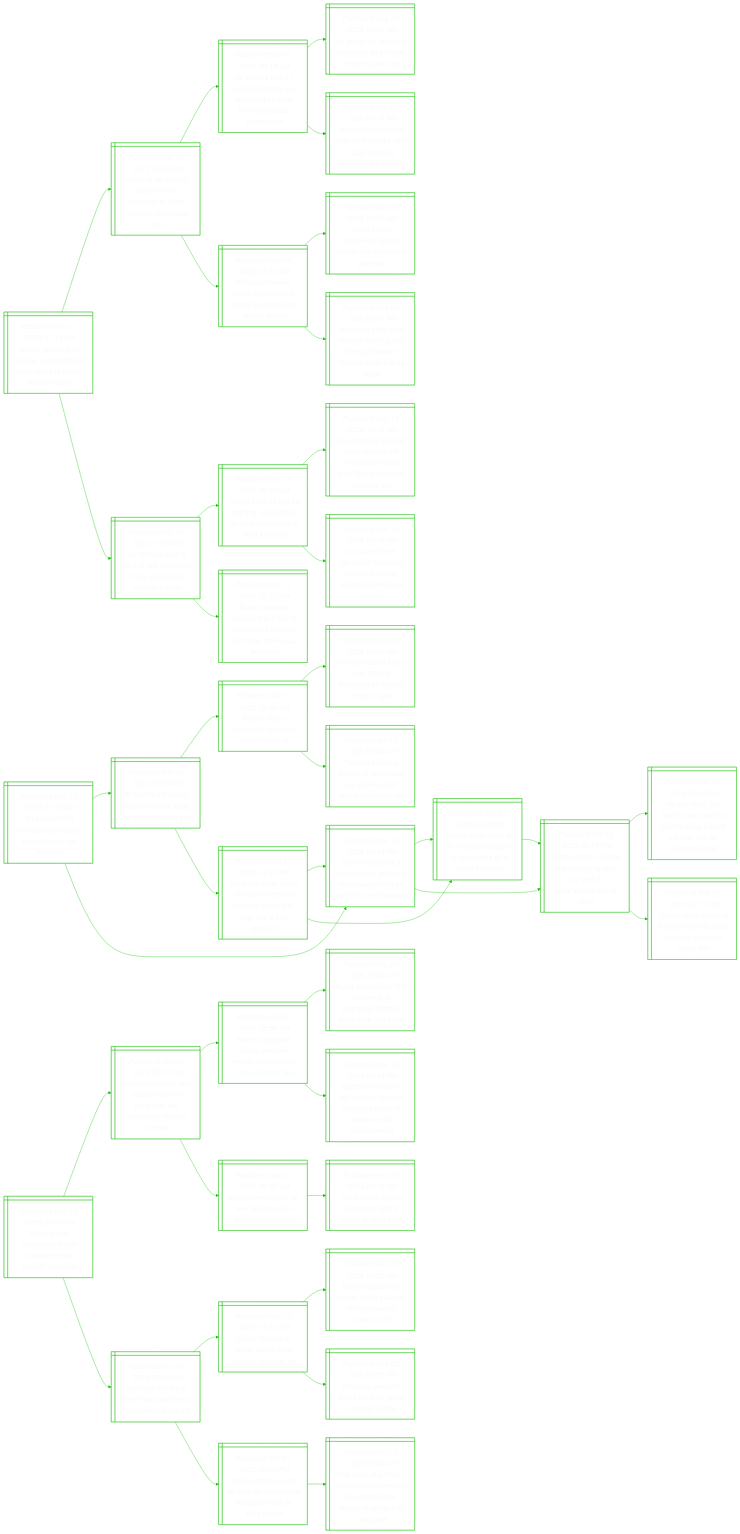
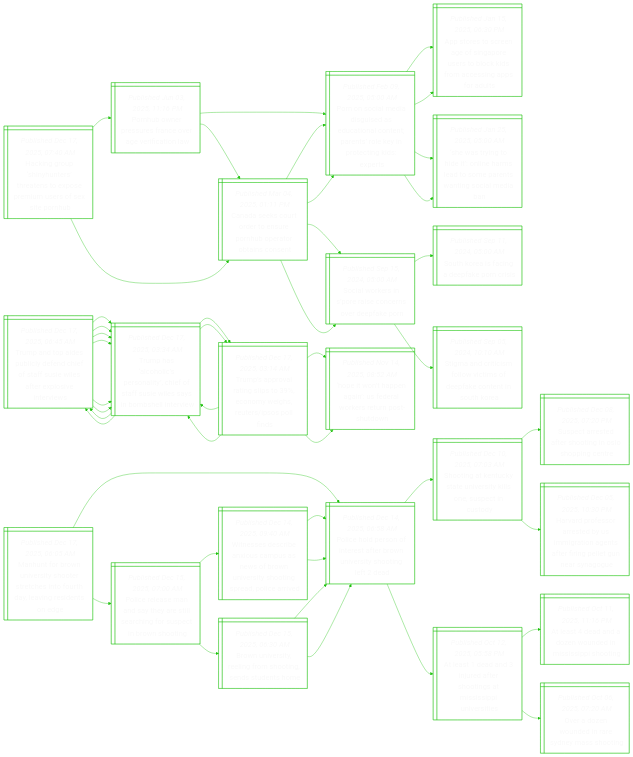
The diagram in README.md (notJmes/notJmes), drawn with Mermaid before and after one commit. The commit also changed other lines of this file, not shown here.

````diff
--- a/README.md
+++ b/README.md
@@ -16,127 +16,142 @@
 flowchart LR
 classDef txtsize font-size:20px;
 
-Eeboinors@{ shape: win-pane, label: "_Published Dec 17, 2025, 01:29 AM_
-Eu eases 2035 combustion-engine ban to boost car industry" }
-Binulpgeio@{ shape: win-pane, label: "_Published Nov 23, 2025, 10:35 AM_
-Britain to introduce $2.5 billion package to help switch to evs" }
-BiestVoe@{ shape: win-pane, label: "_Published Jul 15, 2025, 09:05 AM_
-Britain offers discounts on evs to boost demand" }
-EotaediayeO@{ shape: win-pane, label: "_Published Jun 26, 2025, 03:20 PM_
-Environmental fears over $7.64b indonesia ev battery project: ngos" }
-Ttaaoollcose@{ shape: win-pane, label: "_Published Apr 19, 2025, 09:00 AM_
-Tesla to delay us launch of affordable ev, a lower-cost model y, sources say" }
-Aehperhsdoagace@{ shape: win-pane, label: "_Published Nov 21, 2025, 02:45 PM_
-Are there other types of electric vehicles besides those that plug into a wall charger?" }
-Hcrmighpwntalt@{ shape: win-pane, label: "_Published Nov 14, 2025, 02:15 PM_
-How to compare a combustion engine’s horsepower with an electric car’s kilowatts" }
-TeWoyehhdani@{ shape: win-pane, label: "_Published Nov 07, 2025, 02:45 PM_
-Torque shop: what to do if you are caught in the middle of a chain collision" }
-Hcrmighpwntalt@{ shape: win-pane, label: "_Published Nov 14, 2025, 02:15 PM_
-How to compare a combustion engine’s horsepower with an electric car’s kilowatts" }
-TeWoyehhdani@{ shape: win-pane, label: "_Published Nov 07, 2025, 02:45 PM_
-Torque shop: what to do if you are caught in the middle of a chain collision" }
-TeLnukorates@{ shape: win-pane, label: "_Published Oct 24, 2025, 03:15 PM_
-Torque shop: locking and unlocking your car with a smartphone app is safe" }
-TeLnukorates@{ shape: win-pane, label: "_Published Oct 24, 2025, 03:15 PM_
-Torque shop: locking and unlocking your car with a smartphone app is safe" }
-TeRaluwuacaairr@{ shape: win-pane, label: "_Published Oct 17, 2025, 02:45 PM_
-Torque shop: red flags to look out for when buying a used car that had an accident repair" }
-TeWssvsorcrr@{ shape: win-pane, label: "_Published Sep 26, 2025, 03:15 PM_
-Torque shop: when is it best to avoid using your tyre puncture repair kit?" }
+Hnuntheeeiestn@{ shape: win-pane, label: "_Published Dec 17, 2025, 07:40 AM_
+Hacking group ‘shinyhunters’ threatens to expose premium users of sex site pornhub" }
+Puesscrecn@{ shape: win-pane, label: "_Published Jun 03, 2025, 11:16 PM_
+Pornhub owner pressures france over age verification law" }
+Pnaigduootnlitnsr@{ shape: win-pane, label: "_Published Feb 09, 2025, 05:00 AM_
+Porn on social media disguised as educational content; parents’ role key in protecting kids: experts" }
+Aooeogesodmsaol@{ shape: win-pane, label: "_Published Jan 15, 2025, 06:30 PM_
+App stores to screen age of singapore users to block kids from accessing apps for adults" }
+SsniOestennsla@{ shape: win-pane, label: "_Published Jan 25, 2025, 05:00 AM_
+‘she was trying to hide it’: online harms lead to some parents wanting social media ban" }
+Castrsobabse@{ shape: win-pane, label: "_Published Mar 04, 2025, 01:11 PM_
+Canada seeks court order to ensure pornhub operator obtains consent" }
+SleSrcrepp@{ shape: win-pane, label: "_Published Sep 15, 2024, 05:00 AM_
+Social workers in s’pore raise concerns over deepfake porn" }
+Pnaigduootnlitnsr@{ shape: win-pane, label: "_Published Feb 09, 2025, 05:00 AM_
+Porn on social media disguised as educational content; parents’ role key in protecting kids: experts" }
+Castrsobabse@{ shape: win-pane, label: "_Published Mar 04, 2025, 01:11 PM_
+Canada seeks court order to ensure pornhub operator obtains consent" }
+SleSrcrepp@{ shape: win-pane, label: "_Published Sep 15, 2024, 05:00 AM_
+Social workers in s’pore raise concerns over deepfake porn" }
+SKiiekni@{ shape: win-pane, label: "_Published Sep 11, 2024, 05:00 AM_
+South korea is facing a deepfake porn crisis" }
+SariliseeeSK@{ shape: win-pane, label: "_Published Sep 05, 2024, 10:10 AM_
+Stigma and criticism follow victims of deepfake content in south korea" }
+Pnaigduootnlitnsr@{ shape: win-pane, label: "_Published Feb 09, 2025, 05:00 AM_
+Porn on social media disguised as educational content; parents’ role key in protecting kids: experts" }
+Aooeogesodmsaol@{ shape: win-pane, label: "_Published Jan 15, 2025, 06:30 PM_
+App stores to screen age of singapore users to block kids from accessing apps for adults" }
+SsniOestennsla@{ shape: win-pane, label: "_Published Jan 25, 2025, 05:00 AM_
+‘she was trying to hide it’: online harms lead to some parents wanting social media ban" }
 
-Eeboinors:::txtsize --> Binulpgeio:::txtsize
-Binulpgeio:::txtsize --> BiestVoe:::txtsize
-BiestVoe:::txtsize --> EotaediayeO:::txtsize
-BiestVoe:::txtsize --> Ttaaoollcose:::txtsize
-Binulpgeio:::txtsize --> Aehperhsdoagace:::txtsize
-Aehperhsdoagace:::txtsize --> Hcrmighpwntalt:::txtsize
-Aehperhsdoagace:::txtsize --> TeWoyehhdani:::txtsize
-Eeboinors:::txtsize --> Hcrmighpwntalt:::txtsize
-Hcrmighpwntalt:::txtsize --> TeWoyehhdani:::txtsize
-TeWoyehhdani:::txtsize --> TeLnukorates:::txtsize
-Hcrmighpwntalt:::txtsize --> TeLnukorates:::txtsize
-TeLnukorates:::txtsize --> TeRaluwuacaairr:::txtsize
-TeLnukorates:::txtsize --> TeWssvsorcrr:::txtsize
+Hnuntheeeiestn:::txtsize --> Puesscrecn:::txtsize
+Puesscrecn:::txtsize --> Pnaigduootnlitnsr:::txtsize
+Pnaigduootnlitnsr:::txtsize --> Aooeogesodmsaol:::txtsize
+Pnaigduootnlitnsr:::txtsize --> SsniOestennsla:::txtsize
+Puesscrecn:::txtsize --> Castrsobabse:::txtsize
+Castrsobabse:::txtsize --> SleSrcrepp:::txtsize
+Castrsobabse:::txtsize --> Pnaigduootnlitnsr:::txtsize
+Hnuntheeeiestn:::txtsize --> Castrsobabse:::txtsize
+Castrsobabse:::txtsize --> SleSrcrepp:::txtsize
+SleSrcrepp:::txtsize --> SKiiekni:::txtsize
+SleSrcrepp:::txtsize --> SariliseeeSK:::txtsize
+Castrsobabse:::txtsize --> Pnaigduootnlitnsr:::txtsize
+Pnaigduootnlitnsr:::txtsize --> Aooeogesodmsaol:::txtsize
+Pnaigduootnlitnsr:::txtsize --> SsniOestennsla:::txtsize
 
-Upirsdbtvtlgs@{ shape: win-pane, label: "_Published Dec 17, 2025, 01:14 AM_
-Us not planning to release unedited boat strike video to public, hegseth says" }
-Voiriorrlisms@{ shape: win-pane, label: "_Published Dec 05, 2025, 01:36 AM_
-Video of us military strike shows survivors in ‘clear distress’, lawmaker says" }
-UikperngutVura@{ shape: win-pane, label: "_Published Sep 03, 2025, 04:19 AM_
-Us military kills 11 people in strike on alleged drug boat from venezuela, trump says" }
-Ulfsrafapay@{ shape: win-pane, label: "_Published Aug 30, 2025, 03:43 AM_
-Us builds up forces in caribbean as officials, experts, ask why" }
-VuMoUswieggoy@{ shape: win-pane, label: "_Published Sep 02, 2025, 01:19 AM_
-Venezuela’s maduro says us warships with 1,200 missiles targeting his country" }
-PgvaHtrasoei@{ shape: win-pane, label: "_Published Dec 04, 2025, 05:30 AM_
-Pentagon review faults hegseth over signal messages on yemen strikes" }
-WHmkssnliui@{ shape: win-pane, label: "_Published Mar 25, 2025, 04:50 AM_
-White house mistakenly shares yemen war plans with journalist" }
-Pgitsahltnkldb@{ shape: win-pane, label: "_Published Dec 03, 2025, 03:21 AM_
-Pentagon chief pete hegseth says us has ‘only just begun’ striking alleged drug boats" }
-Uistitktvlanf@{ shape: win-pane, label: "_Published Dec 16, 2025, 11:09 AM_
-Us military says it carried out strikes on three vessels in eastern pacific" }
-TsSbrltsurnama@{ shape: win-pane, label: "_Published Dec 13, 2025, 07:41 AM_
-Trump says us will be ‘starting’ land strikes on drug operations in latin america" }
-Upgirkfeasespncy@{ shape: win-pane, label: "_Published Dec 12, 2025, 10:13 AM_
-Us preparing to seize more tankers off venezuela’s coast after first ship taken, sources say" }
-Uuennggrmeenik@{ shape: win-pane, label: "_Published Dec 12, 2025, 04:18 AM_
-Us issues fresh sanctions targeting maduro’s family, venezuela-linked oil tankers" }
-RararoVuMouaps@{ shape: win-pane, label: "_Published Dec 12, 2025, 01:23 AM_
-Russia, belarus leaders reach out to venezuela’s maduro, as trump cranks up pressure" }
+Tapsiecofieelers@{ shape: win-pane, label: "_Published Dec 17, 2025, 06:45 AM_
+Trump and top aides publicly defend chief of staff susie wiles after explosive interviews" }
+Thcirlhffesiblr@{ shape: win-pane, label: "_Published Dec 17, 2025, 03:34 AM_
+Trump has ‘alcoholic’s personality’, chief of staff susie wiles says in bombshell interview" }
+Tapsiecofieelers@{ shape: win-pane, label: "_Published Dec 17, 2025, 06:45 AM_
+Trump and top aides publicly defend chief of staff susie wiles after explosive interviews" }
+Thcirlhffesiblr@{ shape: win-pane, label: "_Published Dec 17, 2025, 03:34 AM_
+Trump has ‘alcoholic’s personality’, chief of staff susie wiles says in bombshell interview" }
+Thcirlhffesiblr@{ shape: win-pane, label: "_Published Dec 17, 2025, 03:34 AM_
+Trump has ‘alcoholic’s personality’, chief of staff susie wiles says in bombshell interview" }
+TsoastneRrols@{ shape: win-pane, label: "_Published Dec 17, 2025, 03:14 AM_
+Trump’s approval rating slips to 39%, economy weighs, reuters/ipsos poll finds" }
+Hthnndwrust@{ shape: win-pane, label: "_Published Nov 14, 2025, 08:52 AM_
+‘hope it won’t happen again’: us federal workers return post-shutdown" }
+Thcirlhffesiblr@{ shape: win-pane, label: "_Published Dec 17, 2025, 03:34 AM_
+Trump has ‘alcoholic’s personality’, chief of staff susie wiles says in bombshell interview" }
+Thcirlhffesiblr@{ shape: win-pane, label: "_Published Dec 17, 2025, 03:34 AM_
+Trump has ‘alcoholic’s personality’, chief of staff susie wiles says in bombshell interview" }
+Tapsiecofieelers@{ shape: win-pane, label: "_Published Dec 17, 2025, 06:45 AM_
+Trump and top aides publicly defend chief of staff susie wiles after explosive interviews" }
+Thcirlhffesiblr@{ shape: win-pane, label: "_Published Dec 17, 2025, 03:34 AM_
+Trump has ‘alcoholic’s personality’, chief of staff susie wiles says in bombshell interview" }
+Thcirlhffesiblr@{ shape: win-pane, label: "_Published Dec 17, 2025, 03:34 AM_
+Trump has ‘alcoholic’s personality’, chief of staff susie wiles says in bombshell interview" }
+TsoastneRrols@{ shape: win-pane, label: "_Published Dec 17, 2025, 03:14 AM_
+Trump’s approval rating slips to 39%, economy weighs, reuters/ipsos poll finds" }
+Hthnndwrust@{ shape: win-pane, label: "_Published Nov 14, 2025, 08:52 AM_
+‘hope it won’t happen again’: us federal workers return post-shutdown" }
+Thcirlhffesiblr@{ shape: win-pane, label: "_Published Dec 17, 2025, 03:34 AM_
+Trump has ‘alcoholic’s personality’, chief of staff susie wiles says in bombshell interview" }
 
-Upirsdbtvtlgs:::txtsize --> Voiriorrlisms:::txtsize
-Voiriorrlisms:::txtsize --> UikperngutVura:::txtsize
-UikperngutVura:::txtsize --> Ulfsrafapay:::txtsize
-UikperngutVura:::txtsize --> VuMoUswieggoy:::txtsize
-Voiriorrlisms:::txtsize --> PgvaHtrasoei:::txtsize
-PgvaHtrasoei:::txtsize --> WHmkssnliui:::txtsize
-PgvaHtrasoei:::txtsize --> Pgitsahltnkldb:::txtsize
-Upirsdbtvtlgs:::txtsize --> Uistitktvlanf:::txtsize
-Uistitktvlanf:::txtsize --> TsSbrltsurnama:::txtsize
-TsSbrltsurnama:::txtsize --> Upgirkfeasespncy:::txtsize
-TsSbrltsurnama:::txtsize --> Uuennggrmeenik:::txtsize
-Uistitktvlanf:::txtsize --> RararoVuMouaps:::txtsize
+Tapsiecofieelers:::txtsize --> Thcirlhffesiblr:::txtsize
+Thcirlhffesiblr:::txtsize --> Tapsiecofieelers:::txtsize
+Tapsiecofieelers:::txtsize --> Thcirlhffesiblr:::txtsize
+Tapsiecofieelers:::txtsize --> Thcirlhffesiblr:::txtsize
+Thcirlhffesiblr:::txtsize --> TsoastneRrols:::txtsize
+TsoastneRrols:::txtsize --> Hthnndwrust:::txtsize
+TsoastneRrols:::txtsize --> Thcirlhffesiblr:::txtsize
+Tapsiecofieelers:::txtsize --> Thcirlhffesiblr:::txtsize
+Thcirlhffesiblr:::txtsize --> Tapsiecofieelers:::txtsize
+Tapsiecofieelers:::txtsize --> Thcirlhffesiblr:::txtsize
+Tapsiecofieelers:::txtsize --> Thcirlhffesiblr:::txtsize
+Thcirlhffesiblr:::txtsize --> TsoastneRrols:::txtsize
+TsoastneRrols:::txtsize --> Hthnndwrust:::txtsize
+TsoastneRrols:::txtsize --> Thcirlhffesiblr:::txtsize
 
-Rnlurteseee@{ shape: win-pane, label: "_Published Dec 17, 2025, 01:07 AM_
-Rome’s new colosseum metro station reveals ancient treasures" }
-Ehveetrsaetsi@{ shape: win-pane, label: "_Published Oct 30, 2025, 07:51 PM_
-Egypt hopes vast new museum by the pyramids will accelerate tourism revival" }
-Anpmerlstoll@{ shape: win-pane, label: "_Published Jul 03, 2025, 02:56 AM_
-Ancient egyptian man’s genome reveals his society’s cross-cultural ties" }
-Eaniiepomoar@{ shape: win-pane, label: "_Published Feb 20, 2025, 10:00 AM_
-Egypt announces first discovery of pharaoh’s tomb in more than 100 years" }
-Eixtaiierteoee@{ shape: win-pane, label: "_Published Nov 10, 2024, 03:15 PM_
-Egyptians exhume the dead as historic cemetery razed to make way for development" }
-Eulneetamrt@{ shape: win-pane, label: "_Published Jun 02, 2025, 01:26 AM_
-Egypt unveils plan for new desert city in latest megaproject" }
-Trqlieides@{ shape: win-pane, label: "_Published Feb 14, 2024, 03:12 PM_
-The world is quietly losing the land it needs to feed itself" }
-Harihitmede@{ shape: win-pane, label: "_Published Dec 14, 2025, 07:00 AM_
-Heritage for hire in delhi? the idea stirs a monumental debate" }
-IniftaiEegt@{ shape: win-pane, label: "_Published Dec 10, 2025, 03:10 PM_
-Indian festival of lights diwali joins unesco heritage list" }
-BdaatcaretSd@{ shape: win-pane, label: "_Published Dec 09, 2025, 05:52 PM_
-Beyond pizza and pasta: italy’s culinary heritage awaits unesco nod" }
-YaSipyhas@{ shape: win-pane, label: "_Published Dec 05, 2025, 02:55 PM_
-Yo-de-lay-unesco? swiss hope for yodel heritage listing" }
-Ilhastyagsrys@{ shape: win-pane, label: "_Published Oct 07, 2025, 04:25 PM_
-India launches ai app to save its many tribal languages before they vanish" }
-Ottetluitntsoine@{ shape: win-pane, label: "_Published Oct 25, 2023, 05:00 AM_
-One letter at a time – toto tribal community in eastern india strives to protect its language" }
+MnBUrseesfhegdoe@{ shape: win-pane, label: "_Published Dec 17, 2025, 06:05 AM_
+Manhunt for brown university shooter stretches into fourth day, leaving residents on edge" }
+Pepnttrneytea@{ shape: win-pane, label: "_Published Dec 14, 2025, 06:58 AM_
+Police hold person of interest after brown university shooting left 2 dead" }
+SiKcaiileecd@{ shape: win-pane, label: "_Published Dec 10, 2025, 07:03 AM_
+Shooting at kentucky state university kills one, suspect in custody" }
+SceasiOhnt@{ shape: win-pane, label: "_Published Dec 08, 2025, 07:20 PM_
+Suspect arrested after shooting in oslo shopping centre" }
+Hrfrsymtgafgenyg@{ shape: win-pane, label: "_Published Dec 05, 2025, 10:30 PM_
+Harvard professor arrested by us immigration agents after firing pellet gun near synagogue" }
+Asdndrtaspii@{ shape: win-pane, label: "_Published Oct 12, 2025, 05:58 PM_
+At least 1 dead and 3 injured after shootings at mississippi universities" }
+Asddweissi@{ shape: win-pane, label: "_Published Oct 11, 2025, 11:16 PM_
+At least 4 dead and a dozen wounded in mississippi shooting" }
+Odweadaog@{ shape: win-pane, label: "_Published Oct 06, 2025, 07:20 AM_
+Over a dozen wounded in rare sydney mass shooting" }
+PeanayteireBsi@{ shape: win-pane, label: "_Published Dec 15, 2025, 07:00 AM_
+Police release man and say they are still searching for suspect in brown shooting" }
+Wsebiaasoiiogair@{ shape: win-pane, label: "_Published Dec 14, 2025, 09:40 AM_
+Witnesses describe anxious campus as news of brown university shooting spread, police arrived" }
+Pepnttrneytea@{ shape: win-pane, label: "_Published Dec 14, 2025, 06:58 AM_
+Police hold person of interest after brown university shooting left 2 dead" }
+Pepnttrneytea@{ shape: win-pane, label: "_Published Dec 14, 2025, 06:58 AM_
+Police hold person of interest after brown university shooting left 2 dead" }
+BUrrnmtette@{ shape: win-pane, label: "_Published Dec 15, 2025, 06:30 AM_
+Brown university, reeling from shooting, sends students home" }
+Pepnttrneytea@{ shape: win-pane, label: "_Published Dec 14, 2025, 06:58 AM_
+Police hold person of interest after brown university shooting left 2 dead" }
+Pepnttrneytea@{ shape: win-pane, label: "_Published Dec 14, 2025, 06:58 AM_
+Police hold person of interest after brown university shooting left 2 dead" }
 
-Rnlurteseee:::txtsize --> Ehveetrsaetsi:::txtsize
-Ehveetrsaetsi:::txtsize --> Anpmerlstoll:::txtsize
-Anpmerlstoll:::txtsize --> Eaniiepomoar:::txtsize
-Anpmerlstoll:::txtsize --> Eixtaiierteoee:::txtsize
-Ehveetrsaetsi:::txtsize --> Eulneetamrt:::txtsize
-Eulneetamrt:::txtsize --> Trqlieides:::txtsize
-Rnlurteseee:::txtsize --> Harihitmede:::txtsize
-Harihitmede:::txtsize --> IniftaiEegt:::txtsize
-IniftaiEegt:::txtsize --> BdaatcaretSd:::txtsize
-IniftaiEegt:::txtsize --> YaSipyhas:::txtsize
-Harihitmede:::txtsize --> Ilhastyagsrys:::txtsize
-Ilhastyagsrys:::txtsize --> Ottetluitntsoine:::txtsize
+MnBUrseesfhegdoe:::txtsize --> Pepnttrneytea:::txtsize
+Pepnttrneytea:::txtsize --> SiKcaiileecd:::txtsize
+SiKcaiileecd:::txtsize --> SceasiOhnt:::txtsize
+SiKcaiileecd:::txtsize --> Hrfrsymtgafgenyg:::txtsize
+Pepnttrneytea:::txtsize --> Asdndrtaspii:::txtsize
+Asdndrtaspii:::txtsize --> Asddweissi:::txtsize
+Asdndrtaspii:::txtsize --> Odweadaog:::txtsize
+MnBUrseesfhegdoe:::txtsize --> PeanayteireBsi:::txtsize
+PeanayteireBsi:::txtsize --> Wsebiaasoiiogair:::txtsize
+Wsebiaasoiiogair:::txtsize --> Pepnttrneytea:::txtsize
+Wsebiaasoiiogair:::txtsize --> Pepnttrneytea:::txtsize
+PeanayteireBsi:::txtsize --> BUrrnmtette:::txtsize
+BUrrnmtette:::txtsize --> Pepnttrneytea:::txtsize
+BUrrnmtette:::txtsize --> Pepnttrneytea:::txtsize
 
 ```
````
